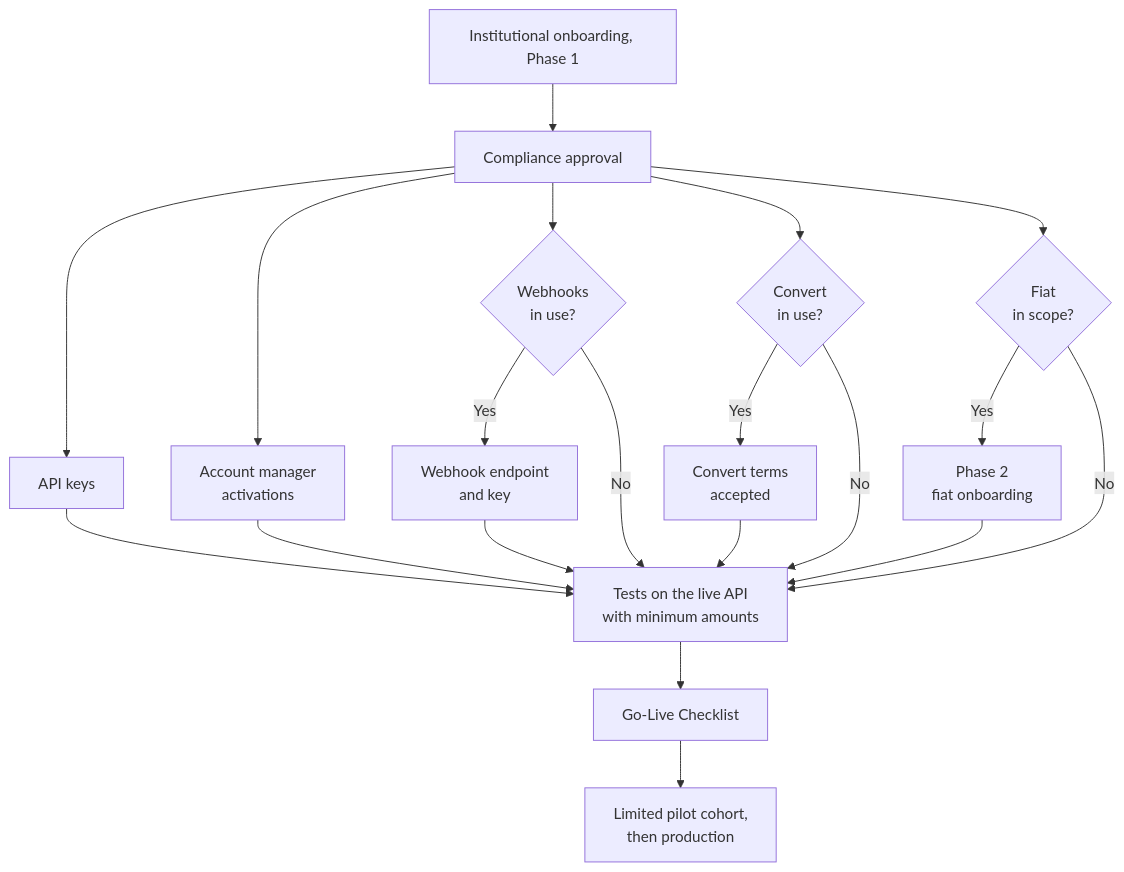
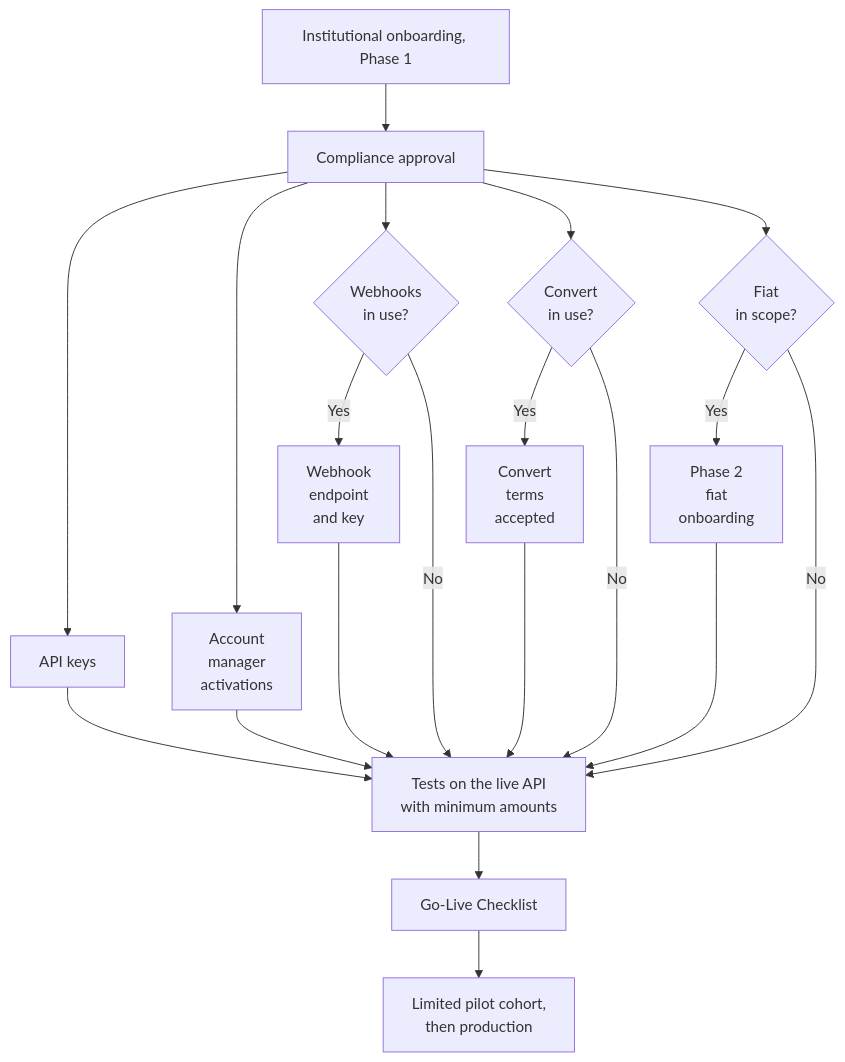
The first of 5 diagrams in guides/caas-integration.mdx (whitebit-exchange/docs), drawn with Mermaid before and after one commit. The commit also changed other lines of this file and 4 other files, not shown here.

Commit message:
fix(guide): narrow the branch diagrams to a readable label size

````diff
--- a/guides/caas-integration.mdx
+++ b/guides/caas-integration.mdx
@@ -47,22 +47,22 @@
 ```mermaid
 flowchart TB
     Onb["Institutional onboarding, Phase 1"] --> Approved["Compliance approval"]
     Approved --> Keys["API keys"]
-    Approved --> AM["Account manager<br/>activations"]
+    Approved --> AM["Account<br/>manager<br/>activations"]
     Approved --> HooksQ{"Webhooks<br/>in use?"}
-    HooksQ -->|"Yes"| Hooks["Webhook endpoint<br/>and key"]
+    HooksQ -->|"Yes"| Hooks["Webhook<br/>endpoint<br/>and key"]
     HooksQ -->|"No"| Test
     Approved --> ConvQ{"Convert<br/>in use?"}
     Approved --> FiatQ{"Fiat<br/>in scope?"}
-    ConvQ -->|"Yes"| Terms["Convert terms<br/>accepted"]
-    FiatQ -->|"Yes"| Phase2["Phase 2<br/>fiat onboarding"]
+    ConvQ -->|"Yes"| Terms["Convert<br/>terms<br/>accepted"]
+    FiatQ -->|"Yes"| Phase2["Phase 2<br/>fiat<br/>onboarding"]
     Keys --> Test["Tests on the live API<br/>with minimum amounts"]
     AM --> Test
-    Hooks --> Test
-    Terms --> Test
-    Phase2 --> Test
+    Hooks ---> Test
+    Terms ---> Test
+    Phase2 ---> Test
     ConvQ -->|"No"| Test
     FiatQ -->|"No"| Test
     Test --> GoLive["Go-Live Checklist"]
     GoLive --> Pilot["Limited pilot cohort,<br/>then production"]
 ```
````
